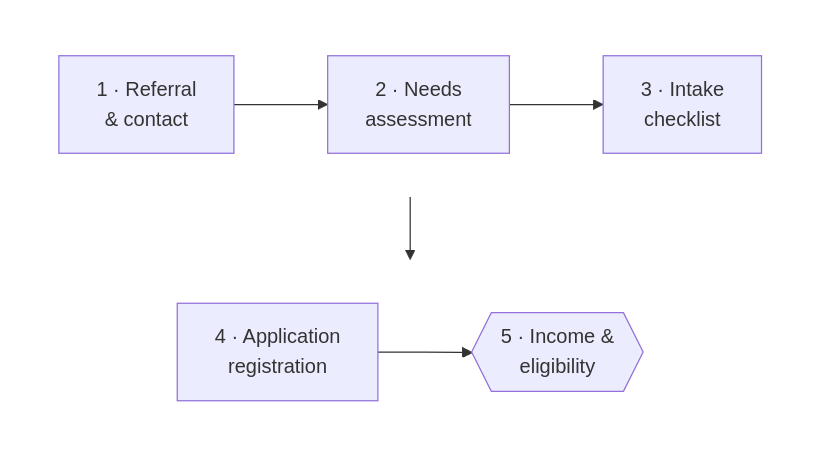
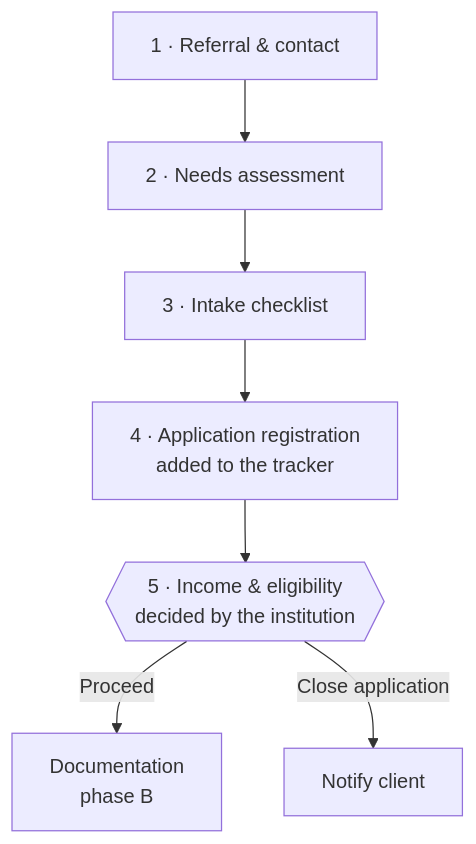
One commit to CamilaNacli/mortgage-financing-operations changed the first of 4 diagrams in docs/workflow.md. Above: the diagram before and after it, drawn with Mermaid. The commit also changed other lines of this file and 2 other files, not shown here.

Commit message:
Fix phase A flow; document aggregation, import and fictional-data rules

````diff
--- a/docs/workflow.md
+++ b/docs/workflow.md
@@ -11,14 +11,6 @@
 ```mermaid
 flowchart TB
-    subgraph R1[" "]
-        direction LR
-        S1["1 · Referral<br/>& contact"] --> S2["2 · Needs<br/>assessment"] --> S3["3 · Intake<br/>checklist"]
-    end
-    subgraph R2[" "]
-        direction LR
-        S4["4 · Application<br/>registration"] --> S5{{"5 · Income &<br/>eligibility"}}
-    end
-    R1 --> R2
-    style R1 fill:none,stroke:none
-    style R2 fill:none,stroke:none
+    S1["1 · Referral & contact"] --> S2["2 · Needs assessment"] --> S3["3 · Intake checklist"] --> S4["4 · Application registration<br/>added to the tracker"] --> S5{{"5 · Income & eligibility<br/>decided by the institution"}}
+    S5 -->|Proceed| P["Documentation<br/>phase B"]
+    S5 -->|Close application| X["Notify client"]
 ```
````
